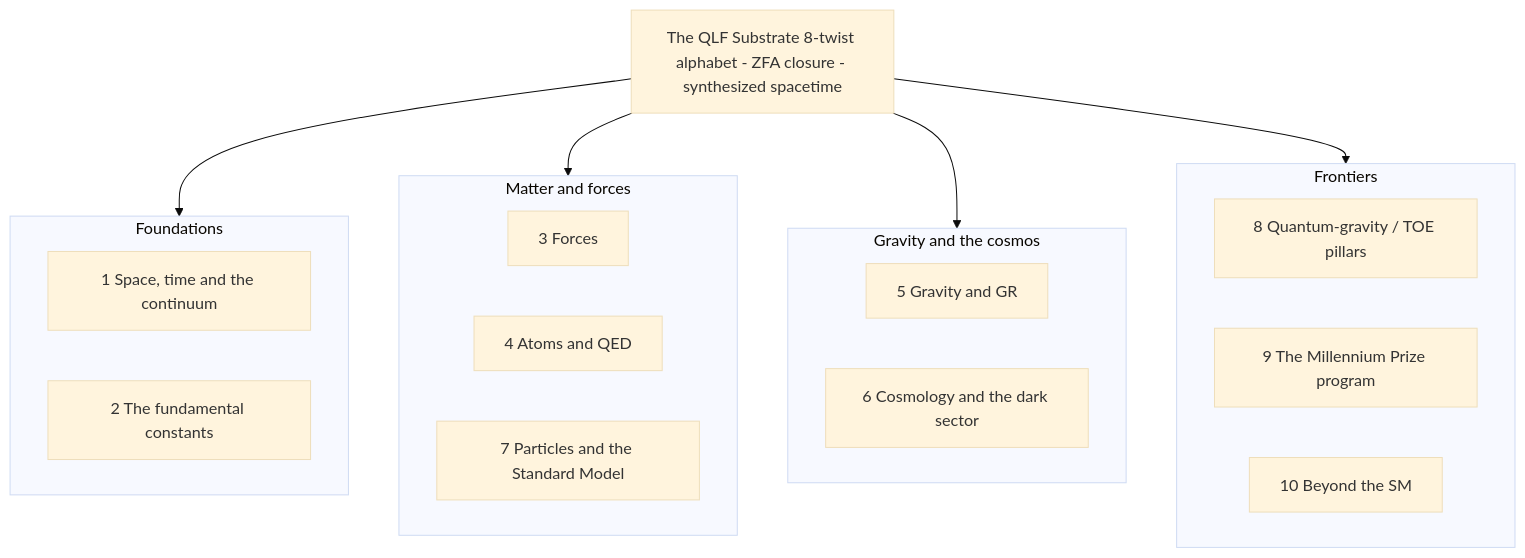
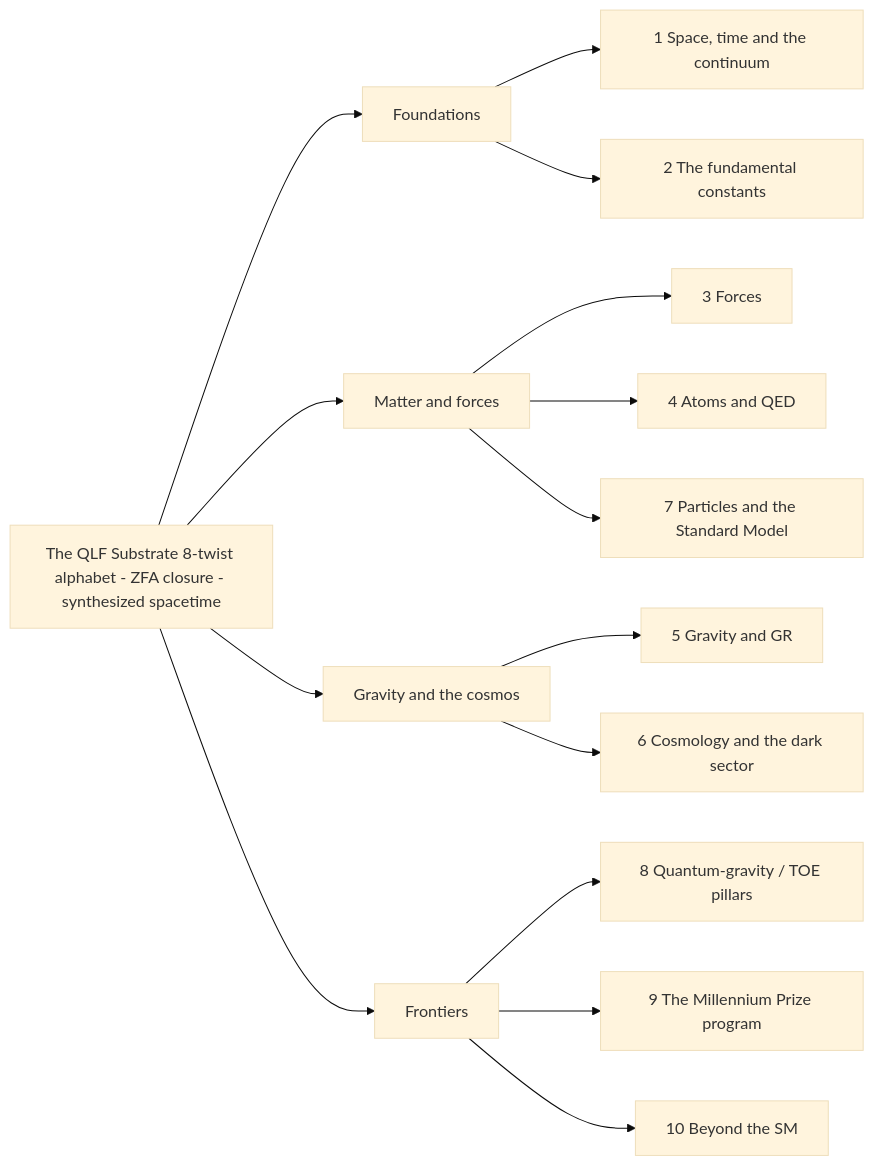
Before and after one commit to jimscarver/quantum-logical-framework: the first of 11 diagrams in FlowChart.md, drawn with Mermaid (base theme).

Commit message:
FlowChart.md: master map uses LR + plain category nodes (subgraphs break GitHub render)
The subgraph version parsed locally but GitHub's pinned mermaid failed to render it ('Unable to
render rich display') — subgraphs are the one primitive the flat version didn't use. Reverted to
only the primitives proven to render (quoted node labels + plain --> edges), kept the 4-family
categorization as intermediate category NODES (S -> Foundations/Matter and forces/Gravity and the
cosmos/Frontiers -> domains), and switched to flowchart LR so the domains stack downward instead
of spanning the page — which is the actual fix for 'too many boxes across'. No subgraphs in any
block now. Parse-verified mermaid 8 + 11.

````diff
--- a/FlowChart.md
+++ b/FlowChart.md
@@ -15,26 +15,18 @@
 ```mermaid
-flowchart TD
+flowchart LR
   S["The QLF Substrate 8-twist alphabet - ZFA closure - synthesized spacetime"]
-  S --> FND
-  S --> MAT
-  S --> GRV
-  S --> FRN
-  subgraph FND["Foundations"]
-    D1["1 Space, time and the continuum"]
-    D2["2 The fundamental constants"]
-  end
-  subgraph MAT["Matter and forces"]
-    D3["3 Forces"]
-    D4["4 Atoms and QED"]
-    D7["7 Particles and the Standard Model"]
-  end
-  subgraph GRV["Gravity and the cosmos"]
-    D5["5 Gravity and GR"]
-    D6["6 Cosmology and the dark sector"]
-  end
-  subgraph FRN["Frontiers"]
-    D8["8 Quantum-gravity / TOE pillars"]
-    D9["9 The Millennium Prize program"]
-    D10["10 Beyond the SM"]
-  end
+  S --> FND["Foundations"]
+  S --> MAT["Matter and forces"]
+  S --> GRV["Gravity and the cosmos"]
+  S --> FRN["Frontiers"]
+  FND --> D1["1 Space, time and the continuum"]
+  FND --> D2["2 The fundamental constants"]
+  MAT --> D3["3 Forces"]
+  MAT --> D4["4 Atoms and QED"]
+  MAT --> D7["7 Particles and the Standard Model"]
+  GRV --> D5["5 Gravity and GR"]
+  GRV --> D6["6 Cosmology and the dark sector"]
+  FRN --> D8["8 Quantum-gravity / TOE pillars"]
+  FRN --> D9["9 The Millennium Prize program"]
+  FRN --> D10["10 Beyond the SM"]
 ```
````
